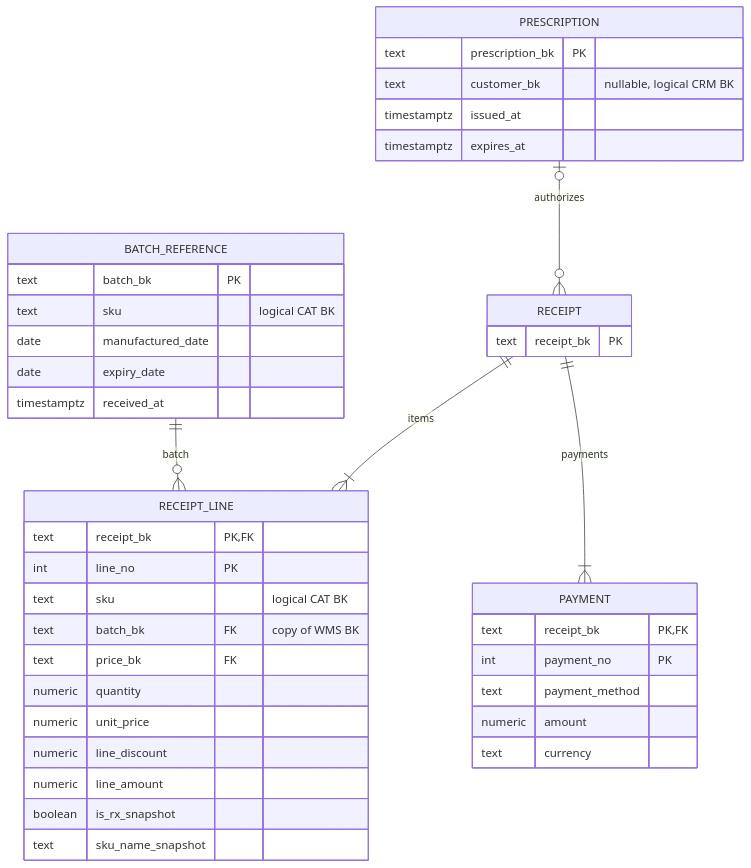
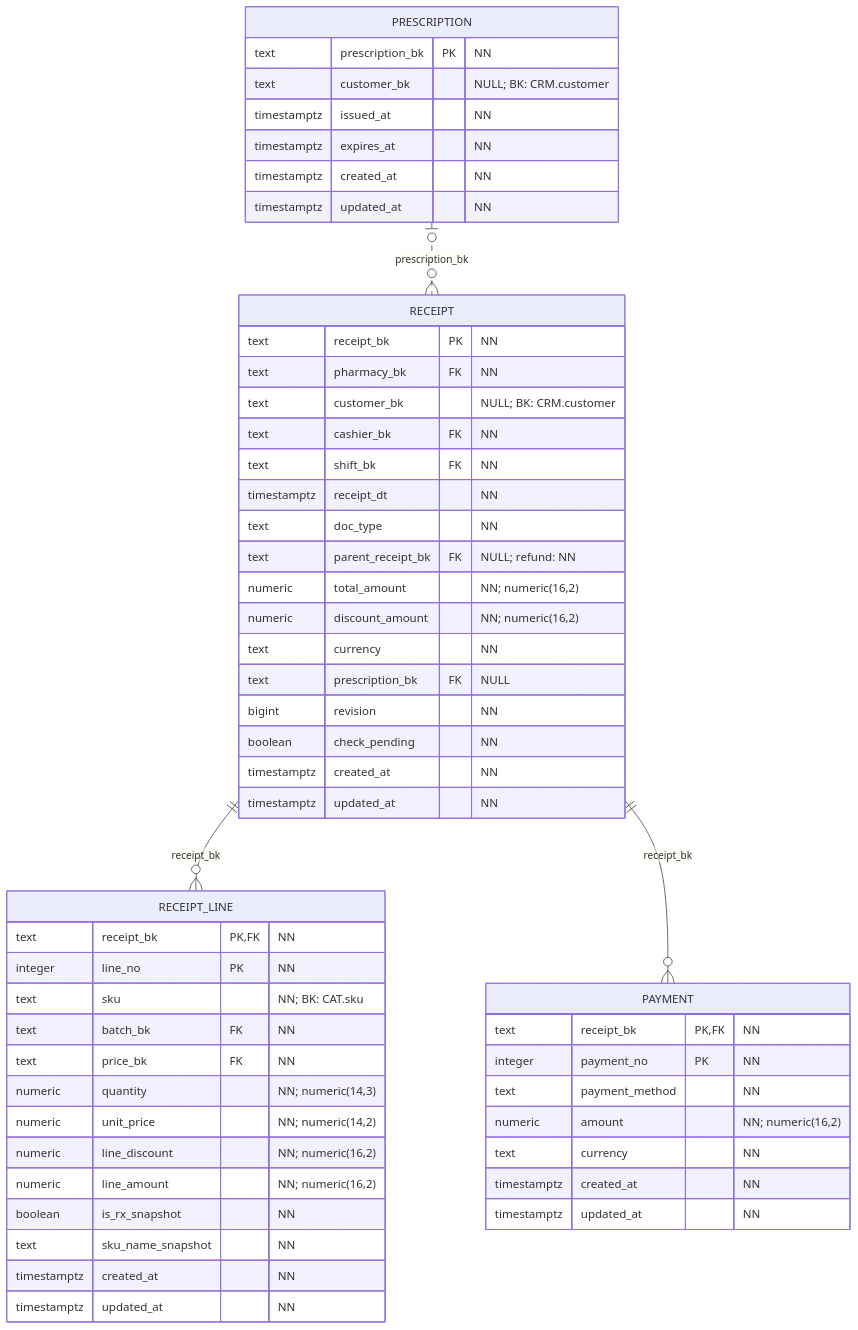
One commit to alexey077/dwh changed the second of 4 diagrams in docs/erd/pos.md. Above: the diagram before and after it, drawn with Mermaid. The commit also changed other lines of this file and 5 other files, not shown here.

Commit message:
Complete physical ER diagrams and correct keys and cardinalities [skip ci]

````diff
--- a/docs/erd/pos.md
+++ b/docs/erd/pos.md
@@ -64,43 +70,57 @@
 ```mermaid
 erDiagram
-    RECEIPT ||--|{ RECEIPT_LINE : items
-    RECEIPT ||--|{ PAYMENT : payments
-    PRESCRIPTION o|--o{ RECEIPT : authorizes
-    BATCH_REFERENCE ||--o{ RECEIPT_LINE : batch
+    direction TB
+    PRESCRIPTION |o..o{ RECEIPT : "prescription_bk"
+    RECEIPT ||--o{ RECEIPT_LINE : "receipt_bk"
+    RECEIPT ||--o{ PAYMENT : "receipt_bk"
     RECEIPT {
-        text receipt_bk PK
+        text receipt_bk PK "NN"
+        text pharmacy_bk FK "NN"
+        text customer_bk "NULL; BK: CRM.customer"
+        text cashier_bk FK "NN"
+        text shift_bk FK "NN"
+        timestamptz receipt_dt "NN"
+        text doc_type "NN"
+        text parent_receipt_bk FK "NULL; refund: NN"
+        numeric total_amount "NN; numeric(16,2)"
+        numeric discount_amount "NN; numeric(16,2)"
+        text currency "NN"
+        text prescription_bk FK "NULL"
+        bigint revision "NN"
+        boolean check_pending "NN"
+        timestamptz created_at "NN"
+        timestamptz updated_at "NN"
     }
     RECEIPT_LINE {
-        text receipt_bk PK,FK
-        int line_no PK
-        text sku "logical CAT BK"
-        text batch_bk FK "copy of WMS BK"
-        text price_bk FK
-        numeric quantity
-        numeric unit_price
-        numeric line_discount
-        numeric line_amount
-        boolean is_rx_snapshot
-        text sku_name_snapshot
+        text receipt_bk PK,FK "NN"
+        integer line_no PK "NN"
+        text sku "NN; BK: CAT.sku"
+        text batch_bk FK "NN"
+        text price_bk FK "NN"
+        numeric quantity "NN; numeric(14,3)"
+        numeric unit_price "NN; numeric(14,2)"
+        numeric line_discount "NN; numeric(16,2)"
+        numeric line_amount "NN; numeric(16,2)"
+        boolean is_rx_snapshot "NN"
+        text sku_name_snapshot "NN"
+        timestamptz created_at "NN"
+        timestamptz updated_at "NN"
     }
     PAYMENT {
-        text receipt_bk PK,FK
-        int payment_no PK
-        text payment_method
-        numeric amount
-        text currency
+        text receipt_bk PK,FK "NN"
+        integer payment_no PK "NN"
+        text payment_method "NN"
+        numeric amount "NN; numeric(16,2)"
+        text currency "NN"
+        timestamptz created_at "NN"
+        timestamptz updated_at "NN"
     }
     PRESCRIPTION {
-        text prescription_bk PK
-        text customer_bk "nullable, logical CRM BK"
-        timestamptz issued_at
-        timestamptz expires_at
-    }
-    BATCH_REFERENCE {
-        text batch_bk PK
-        text sku "logical CAT BK"
-        date manufactured_date
-        date expiry_date
-        timestamptz received_at
+        text prescription_bk PK "NN"
+        text customer_bk "NULL; BK: CRM.customer"
+        timestamptz issued_at "NN"
+        timestamptz expires_at "NN"
+        timestamptz created_at "NN"
+        timestamptz updated_at "NN"
     }
 ```
````
